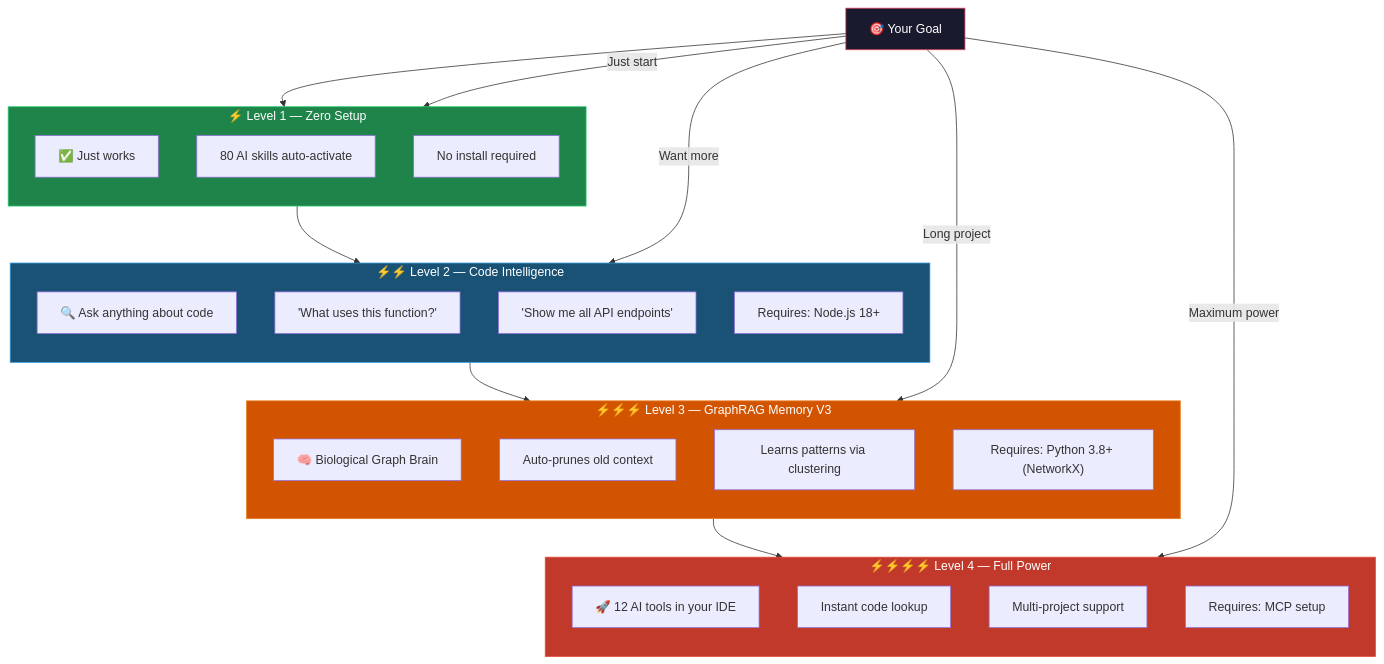
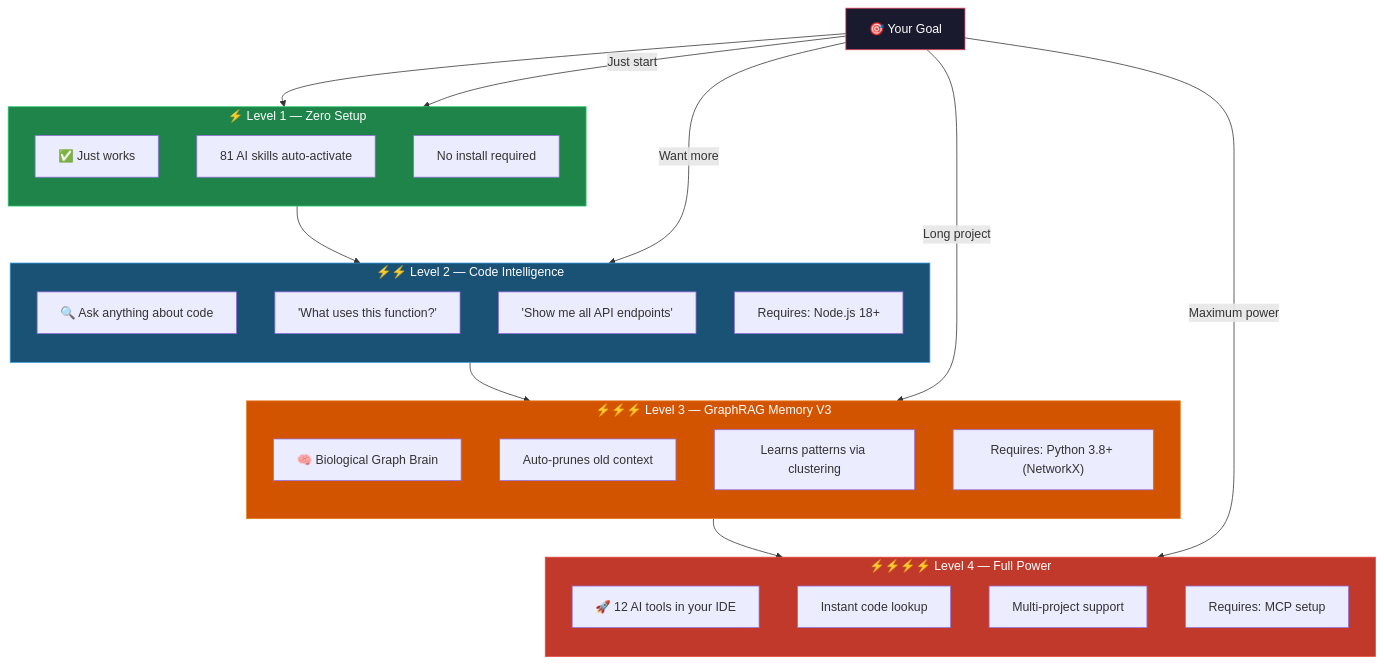
Before and after one commit to buiphucminhtam/forgewright: the first of 3 diagrams in README.md, drawn with Mermaid. The commit also changed other lines of this file and 4 other files, not shown here.

````diff
--- a/README.md
+++ b/README.md
@@ -185,52 +185,52 @@
 ```mermaid
 flowchart TB
     START["🎯 Your Goal"] --> LEVEL1
 
     subgraph LEVEL1["⚡ Level 1 — Zero Setup"]
         direction TB
         L1A["✅ Just works"]
-        L1B["80 AI skills auto-activate"]
+        L1B["81 AI skills auto-activate"]
         L1C["No install required"]
     end
 
     LEVEL1 --> LEVEL2
 
     subgraph LEVEL2["⚡⚡ Level 2 — Code Intelligence"]
         direction TB
         L2A["🔍 Ask anything about code"]
         L2B["'What uses this function?'"]
         L2C["'Show me all API endpoints'"]
         L2D["Requires: Node.js 18+"]
     end
 
     LEVEL2 --> LEVEL3
 
     subgraph LEVEL3["⚡⚡⚡ Level 3 — GraphRAG Memory V3"]
         direction TB
         L3A["🧠 Biological Graph Brain"]
         L3B["Auto-prunes old context"]
         L3C["Learns patterns via clustering"]
         L3D["Requires: Python 3.8+ (NetworkX)"]
     end
 
     LEVEL3 --> LEVEL4
 
     subgraph LEVEL4["⚡⚡⚡⚡ Level 4 — Full Power"]
         direction TB
         L4A["🚀 12 AI tools in your IDE"]
         L4A2["Instant code lookup"]
         L4A3["Multi-project support"]
         L4A4["Requires: MCP setup"]
     end
 
     START -->|"Just start"| LEVEL1
     START -->|"Want more"| LEVEL2
     START -->|"Long project"| LEVEL3
     START -->|"Maximum power"| LEVEL4
 
     style START fill:#1a1a2e,stroke:#e94560,color:#fff
     style LEVEL1 fill:#1e8449,stroke:#2ecc71,color:#fff
     style LEVEL2 fill:#1a5276,stroke:#3498db,color:#fff
     style LEVEL3 fill:#d35400,stroke:#e67e22,color:#fff
     style LEVEL4 fill:#c0392b,stroke:#e74c3c,color:#fff
 ```
````
